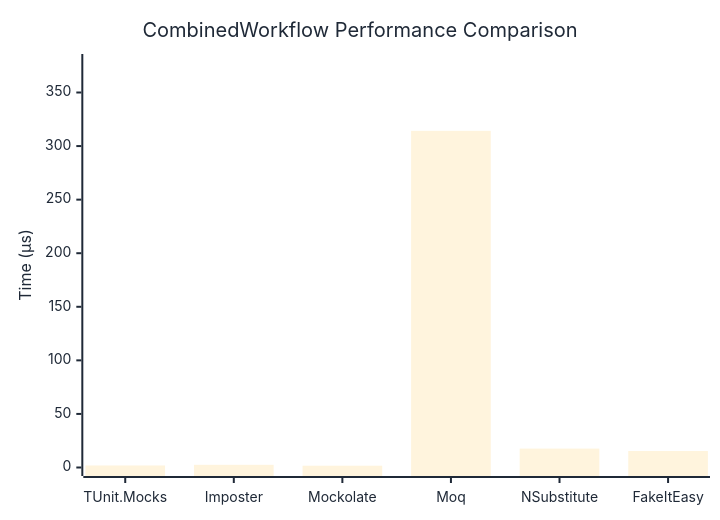
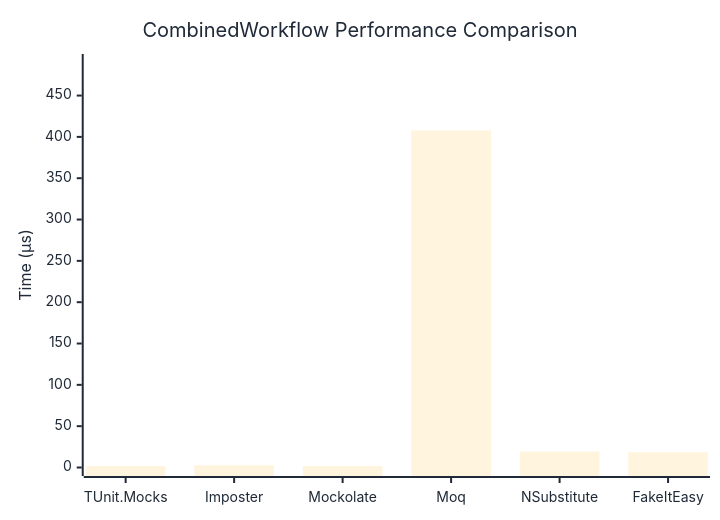
One commit to thomhurst/TUnit changed the diagram in docs/docs/benchmarks/mocks/CombinedWorkflow.md. Above: the diagram before and after it, drawn with Mermaid. The commit also changed other lines of this file and 14 other files, not shown here.

````diff
--- a/docs/docs/benchmarks/mocks/CombinedWorkflow.md
+++ b/docs/docs/benchmarks/mocks/CombinedWorkflow.md
@@ -30,27 +30,27 @@
 ```mermaid
 %%{init: {
   'theme':'base',
   'themeVariables': {
     'primaryColor': '#2563eb',
     'primaryTextColor': '#1f2937',
     'primaryBorderColor': '#1e40af',
     'lineColor': '#6b7280',
     'secondaryColor': '#7c3aed',
     'tertiaryColor': '#dc2626',
     'background': '#ffffff',
     'pie1': '#2563eb',
     'pie2': '#7c3aed',
     'pie3': '#dc2626',
     'pie4': '#f59e0b',
     'pie5': '#10b981',
     'pie6': '#06b6d4',
     'pie7': '#ec4899',
     'pie8': '#6366f1'
   }
 }}%%
 xychart-beta
   title "CombinedWorkflow Performance Comparison"
   x-axis ["TUnit.Mocks", "Imposter", "Mockolate", "Moq", "NSubstitute", "FakeItEasy"]
-  y-axis "Time (μs)" 0 --> 378
-  bar [1.879, 2.505, 1.688, 314.216, 17.645, 15.404]
+  y-axis "Time (μs)" 0 --> 490
+  bar [1.861, 2.59, 1.638, 407.801, 19.276, 18.479]
 ```
````
